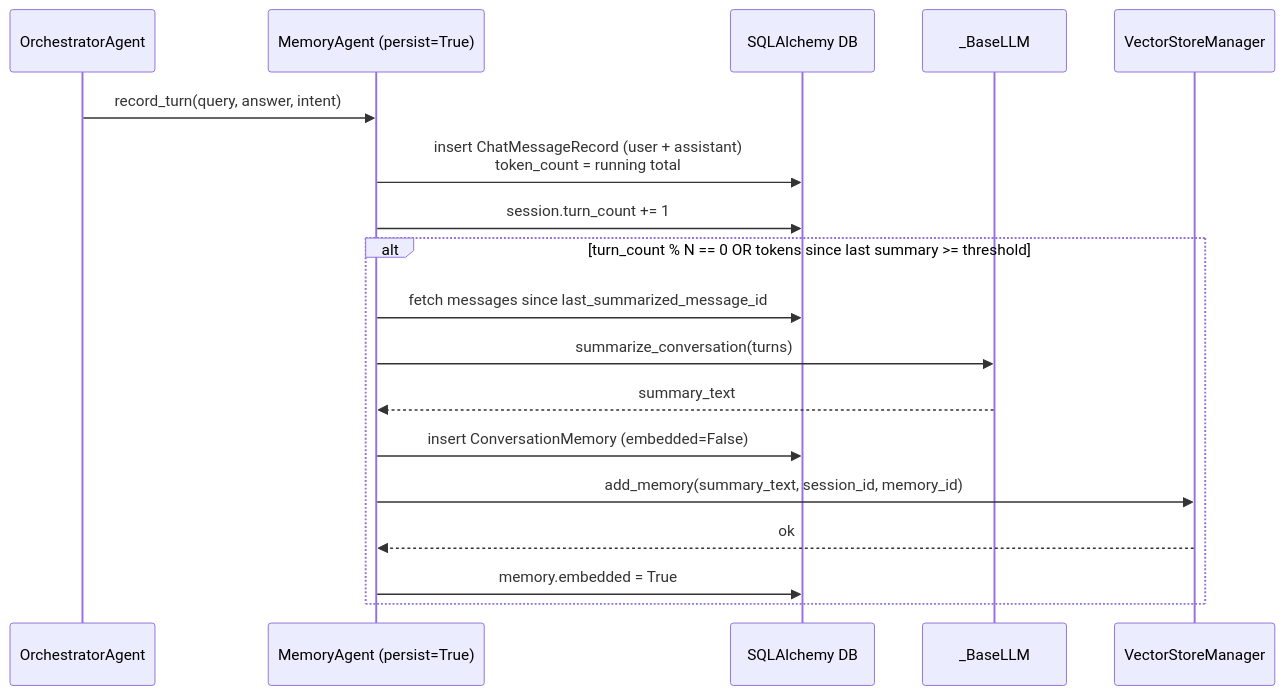
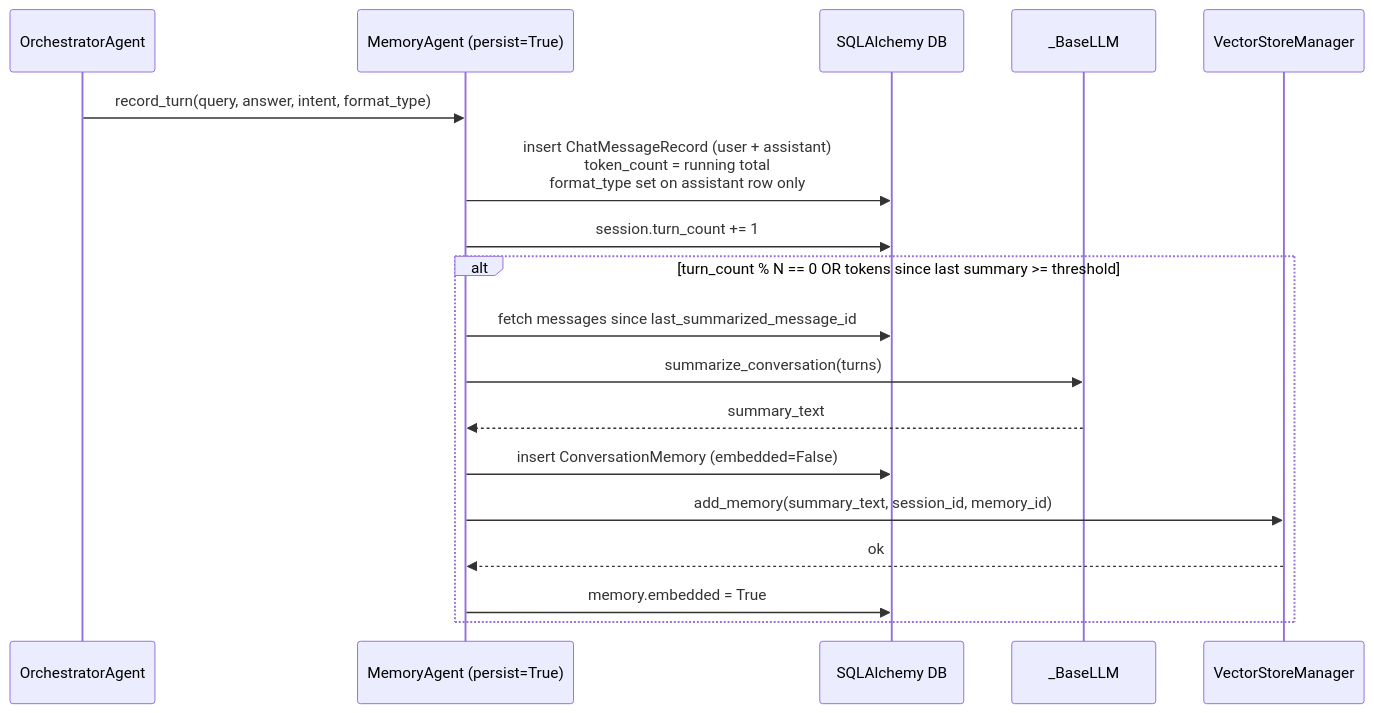
Before and after one commit to KSathwik/Exam_Preparation_Bot: the sixth of 6 diagrams in docs/ARCHITECTURE.md, drawn with Mermaid. The commit also changed other lines of this file and 50 other files, not shown here.

````diff
--- a/docs/ARCHITECTURE.md
+++ b/docs/ARCHITECTURE.md
@@ -138,21 +197,21 @@
 ```mermaid
 sequenceDiagram
     participant O as OrchestratorAgent
     participant M as MemoryAgent (persist=True)
     participant DB as SQLAlchemy DB
     participant LLM as _BaseLLM
     participant VSM as VectorStoreManager
 
-    O->>M: record_turn(query, answer, intent)
-    M->>DB: insert ChatMessageRecord (user + assistant)<br/>token_count = running total
+    O->>M: record_turn(query, answer, intent, format_type)
+    M->>DB: insert ChatMessageRecord (user + assistant)<br/>token_count = running total<br/>format_type set on assistant row only
     M->>DB: session.turn_count += 1
     alt turn_count % N == 0  OR  tokens since last summary >= threshold
         M->>DB: fetch messages since last_summarized_message_id
         M->>LLM: summarize_conversation(turns)
         LLM-->>M: summary_text
         M->>DB: insert ConversationMemory (embedded=False)
         M->>VSM: add_memory(summary_text, session_id, memory_id)
         VSM-->>M: ok
         M->>DB: memory.embedded = True
     end
 ```
````
